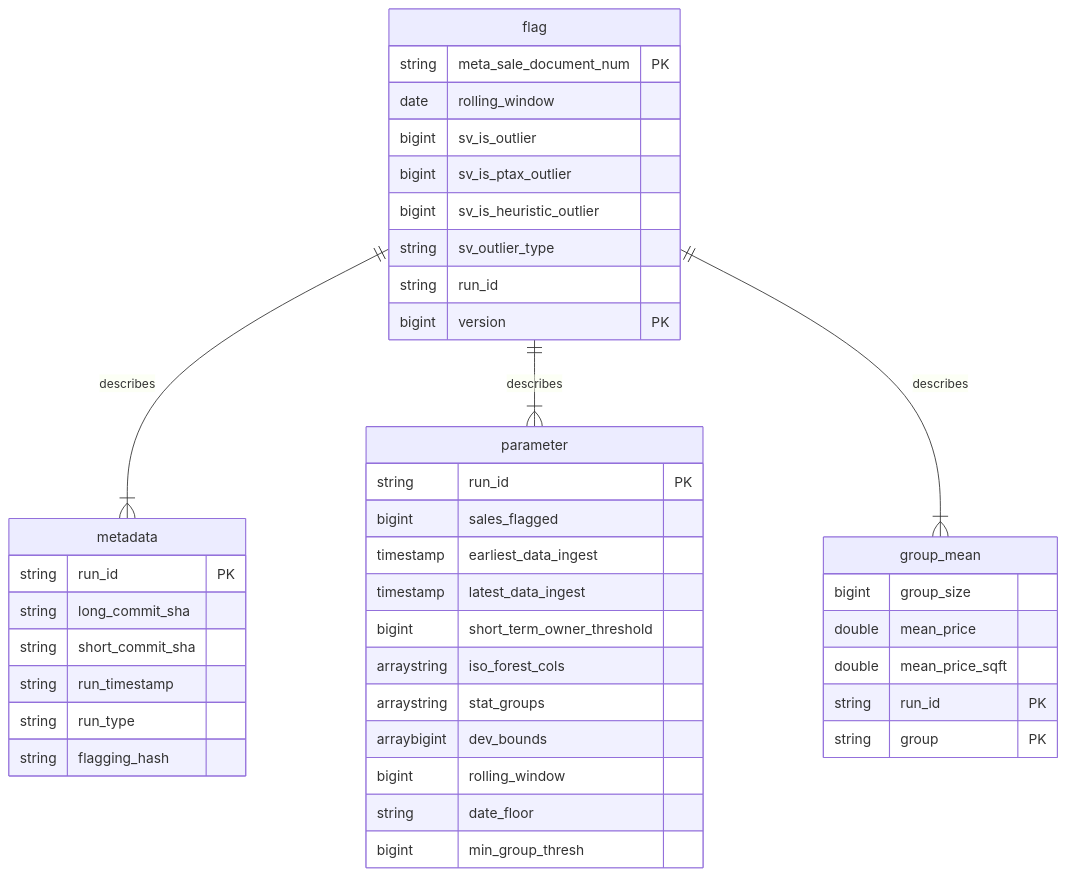
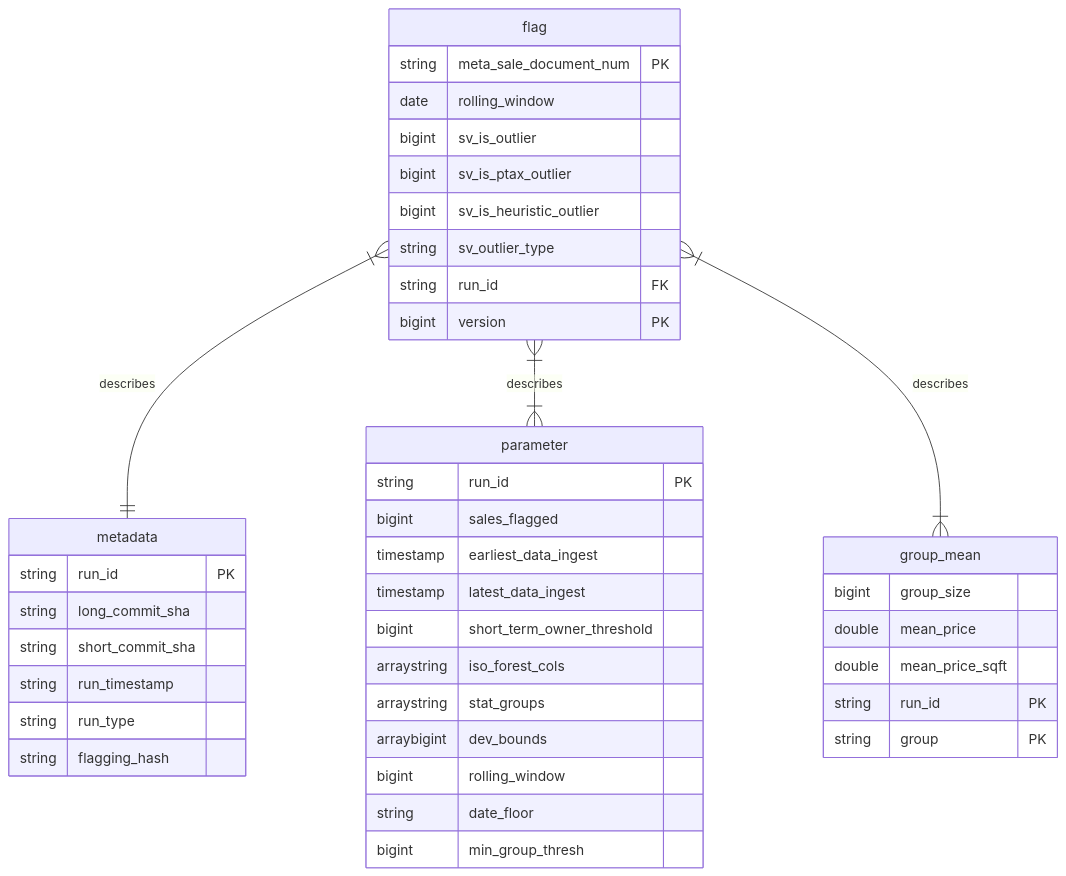
Before and after one commit to ccao-data/model-sales-val: the second of 2 diagrams in README.md, drawn with Mermaid. The commit also changed other lines of this file, not shown here.

Commit message:
Edit README copy, structure, and diagrams

````diff
--- a/README.md
+++ b/README.md
@@ -60,47 +58,47 @@
-``` mermaid
+```mermaid
 erDiagram
-    flag ||--|{ metadata : describes
-    flag ||--|{ parameter : describes
-    flag ||--|{ group_mean : describes
-    
+    flag }|--|| metadata : describes
+    flag }|--|{ parameter : describes
+    flag }|--|{ group_mean : describes
+
     flag {
         string meta_sale_document_num PK
         date rolling_window
         bigint sv_is_outlier
         bigint sv_is_ptax_outlier
         bigint sv_is_heuristic_outlier
         string sv_outlier_type
-        string run_id 
+        string run_id FK
         bigint version PK
 
     }
     metadata {
         string run_id PK
         string long_commit_sha
         string short_commit_sha
         string run_timestamp
         string run_type
         string flagging_hash
     }
     parameter {
         string run_id PK
         bigint sales_flagged
         timestamp earliest_data_ingest
-        timestamp latest_data_ingest 
+        timestamp latest_data_ingest
         bigint short_term_owner_threshold
         arraystring iso_forest_cols
         arraystring stat_groups
         arraybigint dev_bounds
         bigint rolling_window
         string date_floor
         bigint min_group_thresh
     }
 
     group_mean {
         bigint group_size
         double mean_price
         double mean_price_sqft
         string run_id PK
         string group PK
     }
 ```
````
